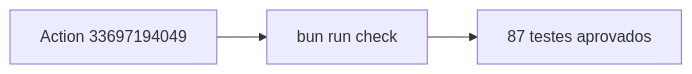
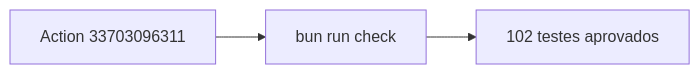
Before and after one commit to renansko/jugle-gaming-test: the seventh of 7 diagrams in evidencias/testes-unitarios.md, drawn with Mermaid. The commit also changed other lines of this file and 7 other files, not shown here.

````diff
--- a/evidencias/testes-unitarios.md
+++ b/evidencias/testes-unitarios.md
@@ -83,5 +83,5 @@
 ```mermaid
 flowchart LR
-    Action["Action 33697194049"] --> Command["bun run check"]
-    Command --> Result["87 testes aprovados"]
+    Action["Action 33703096311"] --> Command["bun run check"]
+    Command --> Result["102 testes aprovados"]
 ```
````
